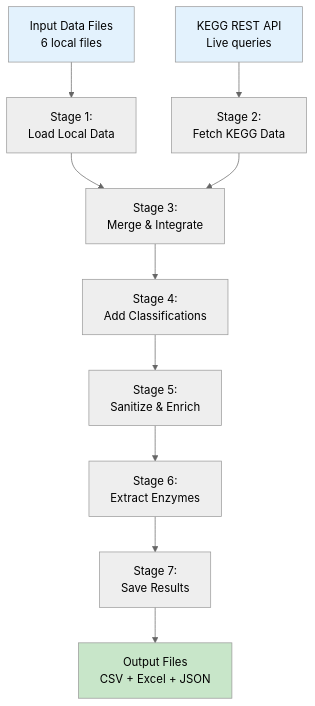
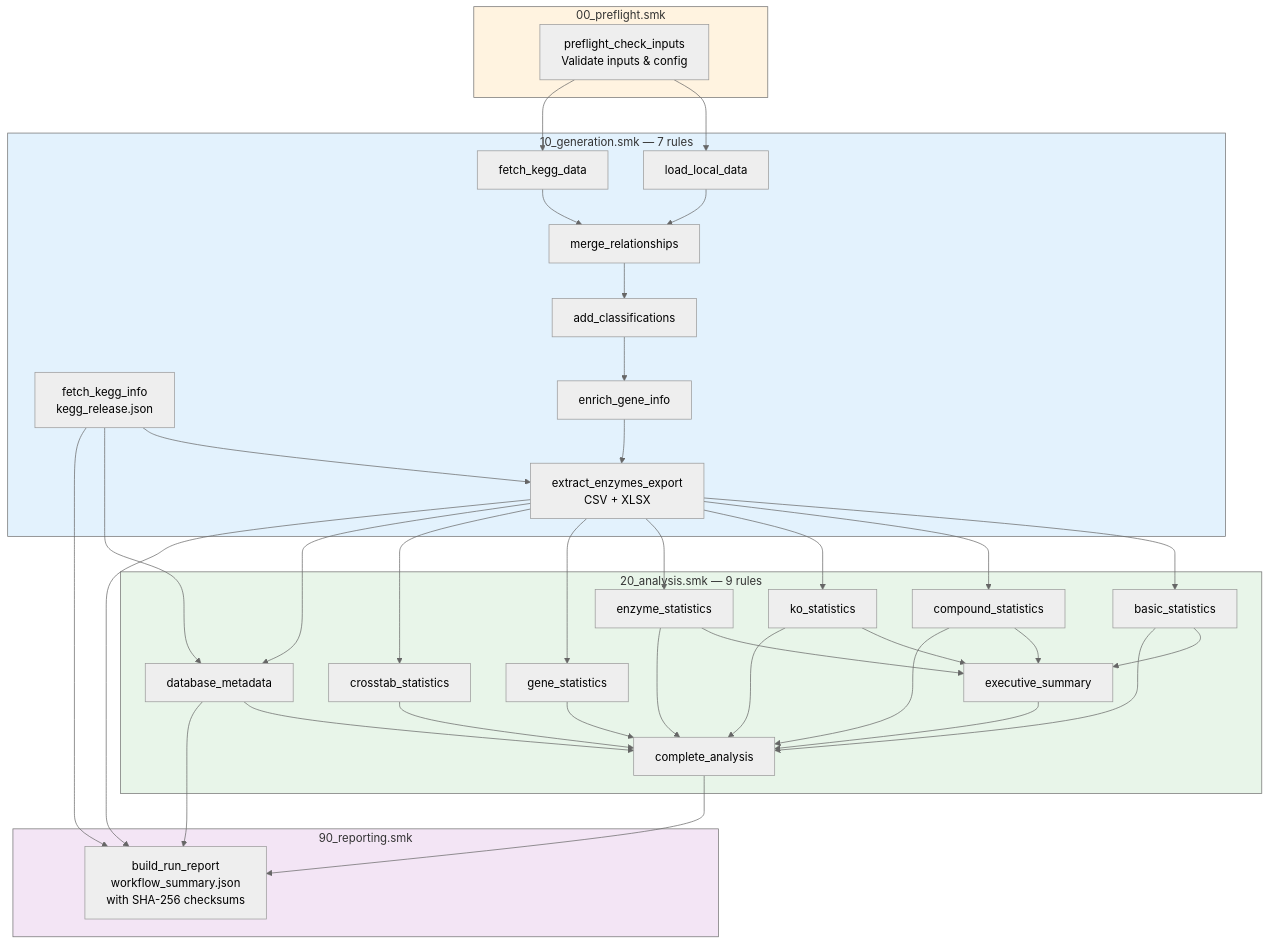
Before and after one commit to BioRemPP/biorempp_db: the diagram in docs/user-guide/overview.md, drawn with Mermaid (neutral theme). The commit also changed other lines of this file and 33 other files, not shown here.

````diff
--- a/docs/user-guide/overview.md
+++ b/docs/user-guide/overview.md
@@ -32,19 +32,49 @@
 ```mermaid
 graph TD
-    A[Input Data Files<br/>6 local files] --> B[Stage 1:<br/>Load Local Data]
-    C[KEGG REST API<br/>Live queries] --> D[Stage 2:<br/>Fetch KEGG Data]
-    
-    B --> E[Stage 3:<br/>Merge & Integrate]
-    D --> E
-    
-    E --> F[Stage 4:<br/>Add Classifications]
-    F --> G[Stage 5:<br/>Sanitize & Enrich]
-    G --> H[Stage 6:<br/>Extract Enzymes]
-    H --> I[Stage 7:<br/>Save Results]
-    
-    I --> J[Output Files<br/>CSV + Excel + JSON]
-    
-    style A fill:#e3f2fd
-    style C fill:#e3f2fd
-    style J fill:#c8e6c9
+    subgraph Preflight ["00_preflight.smk"]
+        P1[preflight_check_inputs<br/>Validate inputs & config]
+    end
+
+    subgraph Generation ["10_generation.smk — 7 rules"]
+        FI[fetch_kegg_info<br/>kegg_release.json]
+        G1[load_local_data] --> G3[merge_relationships]
+        G2[fetch_kegg_data] --> G3
+        G3 --> G4[add_classifications]
+        G4 --> G5[enrich_gene_info]
+        G5 --> G6[extract_enzymes_export<br/>CSV + XLSX]
+        FI --> G6
+    end
+
+    subgraph Analysis ["20_analysis.smk — 9 rules"]
+        A1[basic_statistics]
+        A2[compound_statistics]
+        A3[ko_statistics]
+        A4[enzyme_statistics]
+        A5[gene_statistics]
+        A6[crosstab_statistics]
+        A7[database_metadata]
+        A8[executive_summary]
+        A9[complete_analysis]
+    end
+
+    subgraph Reporting ["90_reporting.smk"]
+        R1[build_run_report<br/>workflow_summary.json<br/>with SHA-256 checksums]
+    end
+
+    P1 --> G1
+    P1 --> G2
+    G6 --> A1 & A2 & A3 & A4 & A5 & A6
+    G6 --> A7
+    FI --> A7
+    A1 & A2 & A3 & A4 --> A8
+    A7 & A1 & A2 & A3 & A4 & A5 & A6 & A8 --> A9
+    G6 --> R1
+    A7 --> R1
+    A9 --> R1
+    FI --> R1
+
+    style Preflight fill:#fff3e0
+    style Generation fill:#e3f2fd
+    style Analysis fill:#e8f5e9
+    style Reporting fill:#f3e5f5
 ```
````
